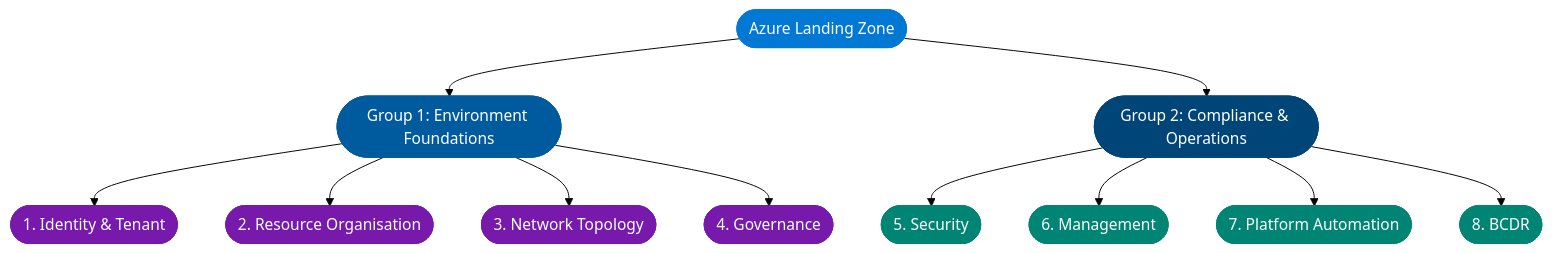
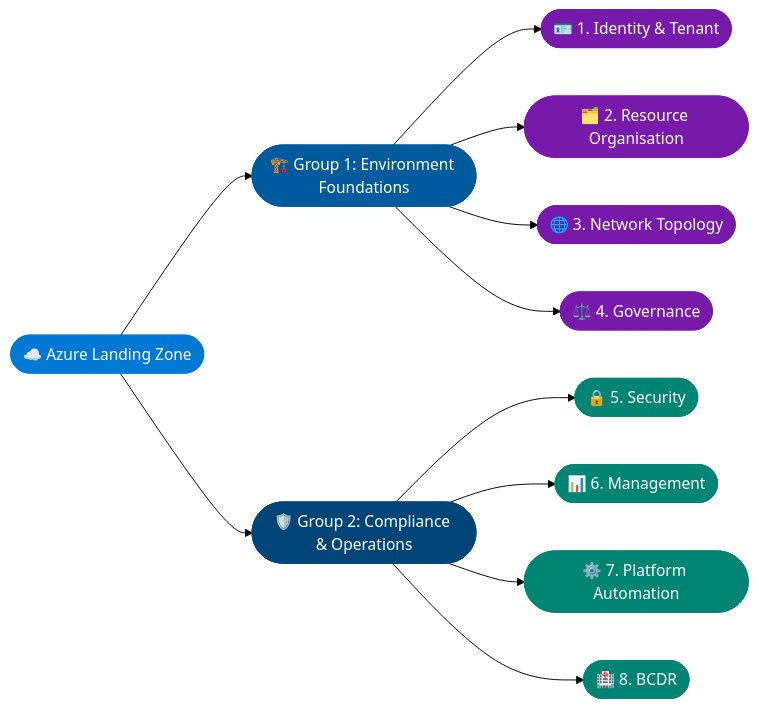
One commit to rushideshmukh-tech/main changed the third of 3 diagrams in docs/blog/posts/azlzdesignAreas.md. Above: the diagram before and after it, drawn with Mermaid (forest theme). The commit also changed other lines of this file, not shown here.

Commit message:
[~] Update draft status and enhance diagram formatting in Azure Landing Zones article

````diff
--- a/docs/blog/posts/azlzdesignAreas.md
+++ b/docs/blog/posts/azlzdesignAreas.md
@@ -472,28 +466,28 @@
 ```mermaid
-flowchart TB
-    LZ([Azure Landing Zone])
-    LZ --> GRP1([Group 1: Environment Foundations])
-    LZ --> GRP2([Group 2: Compliance & Operations])
+flowchart LR
+    LZ([☁️ Azure Landing Zone])
+    LZ --> GRP1([🏗️ Group 1: Environment Foundations])
+    LZ --> GRP2([🛡️ Group 2: Compliance & Operations])
 
-    GRP1 --> ID([1. Identity & Tenant])
-    GRP1 --> RO([2. Resource Organisation])
-    GRP1 --> NT([3. Network Topology])
-    GRP1 --> GOV([4. Governance])
+    GRP1 --> ID([🪪 1. Identity & Tenant])
+    GRP1 --> RO([🗂️ 2. Resource Organisation])
+    GRP1 --> NT([🌐 3. Network Topology])
+    GRP1 --> GOV([⚖️ 4. Governance])
 
-    GRP2 --> SEC([5. Security])
-    GRP2 --> MGT([6. Management])
-    GRP2 --> PAD([7. Platform Automation])
-    GRP2 --> BCDR([8. BCDR])
+    GRP2 --> SEC([🔒 5. Security])
+    GRP2 --> MGT([📊 6. Management])
+    GRP2 --> PAD([⚙️ 7. Platform Automation])
+    GRP2 --> BCDR([🏥 8. BCDR])
 
     style LZ   fill:#0078D4,color:#fff,stroke:#0078D4
     style GRP1 fill:#005A9E,color:#fff,stroke:#005A9E
     style GRP2 fill:#004578,color:#fff,stroke:#004578
     style ID   fill:#7719AA,color:#fff,stroke:#7719AA
     style RO   fill:#7719AA,color:#fff,stroke:#7719AA
     style NT   fill:#7719AA,color:#fff,stroke:#7719AA
     style GOV  fill:#7719AA,color:#fff,stroke:#7719AA
     style SEC  fill:#008575,color:#fff,stroke:#008575
     style MGT  fill:#008575,color:#fff,stroke:#008575
     style PAD  fill:#008575,color:#fff,stroke:#008575
     style BCDR fill:#008575,color:#fff,stroke:#008575
 ```
````
